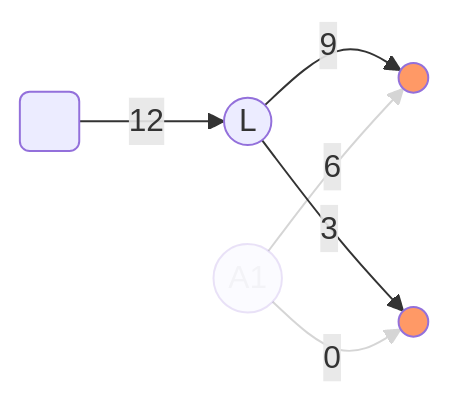
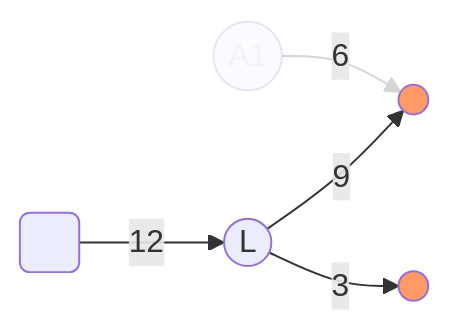
Before and after one commit to statechannels/statechannels: the fifth of 5 diagrams in packages/nitro-protocol/docs/wallet-dev-tutorial/fund-and-defund-off-chain.md, drawn with Mermaid. The commit also changed other lines of this file, not shown here.

```diff
--- a/packages/nitro-protocol/docs/wallet-dev-tutorial/fund-and-defund-off-chain.md
+++ b/packages/nitro-protocol/docs/wallet-dev-tutorial/fund-and-defund-off-chain.md
@@ -280,19 +281,18 @@
 <div class="mermaid" align="center">
 graph LR;
 linkStyle default interpolate basis;
 chain( )
 ledger((L))
 me(( )):::external
 hub(( )):::external
 me(( )):::external
 hub(( )):::external
 chain-->|12|ledger;
 ledger-->|9|me;
 ledger-->|3|hub;
 app((A1)):::defunded
 app-->|6|me;
-app-->|0|hub;
-linkStyle 3,4 opacity:0.2;
+linkStyle 3 opacity:0.2;
 classDef external fill:#f96
 classDef defunded opacity:0.2;
 </div>
```
